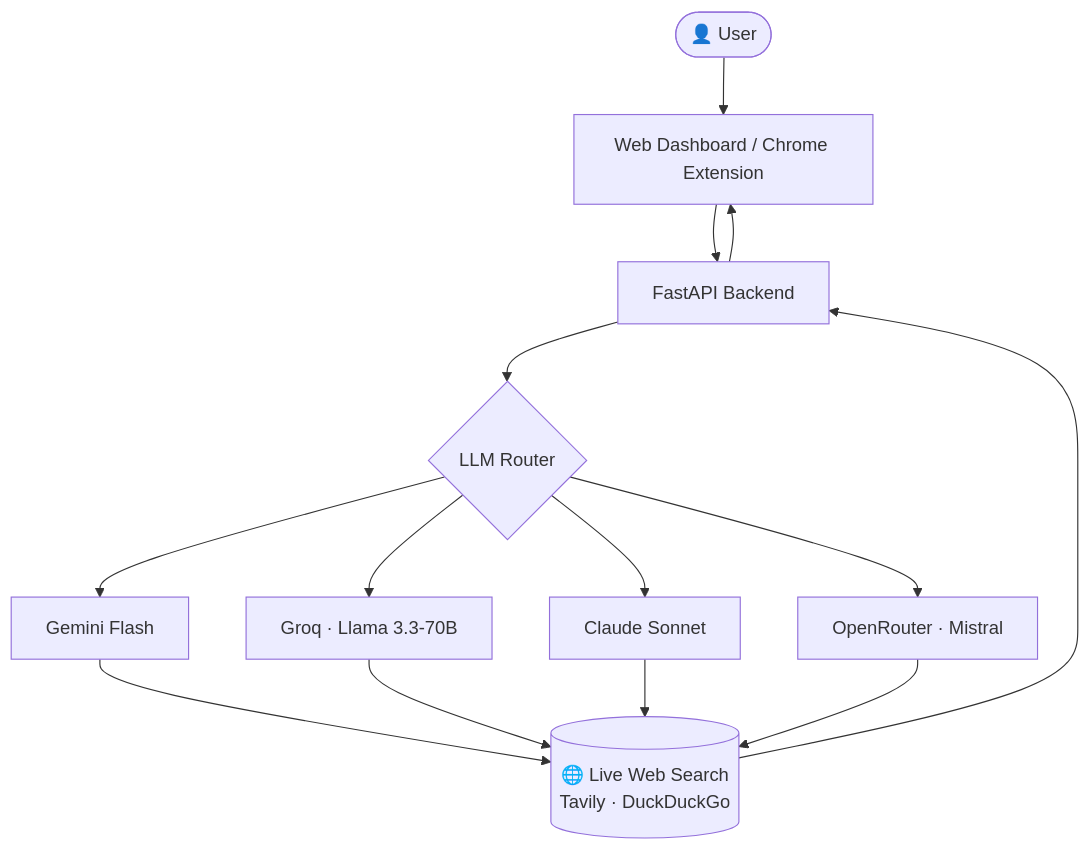
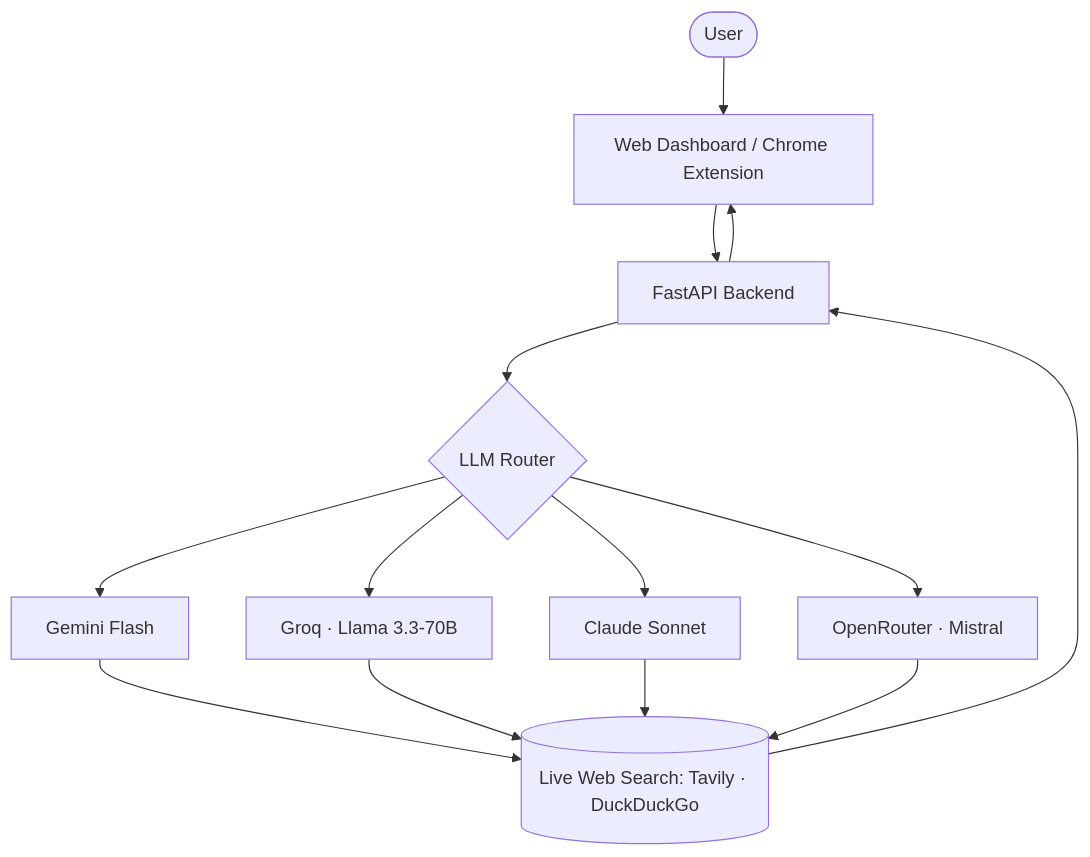
Before and after one commit to Saif8671/AI-HALUCINATION-VERIFIYER: the diagram in README.md, drawn with Mermaid. The commit also changed other lines of this file, not shown here.

````diff
--- a/README.md
+++ b/README.md
@@ -73,26 +77,26 @@
 ```mermaid
 graph TD
-    User([👤 User])
+    User([User])
     FE[Web Dashboard / Chrome Extension]
     API[FastAPI Backend]
     Router{LLM Router}
     Gemini[Gemini Flash]
     Groq[Groq · Llama 3.3-70B]
     Claude[Claude Sonnet]
     OpenRouter[OpenRouter · Mistral]
-    Search[(🌐 Live Web Search\nTavily · DuckDuckGo)]
+    Search[(Live Web Search: Tavily · DuckDuckGo)]
 
     User --> FE
     FE --> API
     API --> Router
     Router --> Gemini
     Router --> Groq
     Router --> Claude
     Router --> OpenRouter
     Gemini --> Search
     Groq --> Search
     Claude --> Search
     OpenRouter --> Search
     Search --> API
     API --> FE
 ```
````
